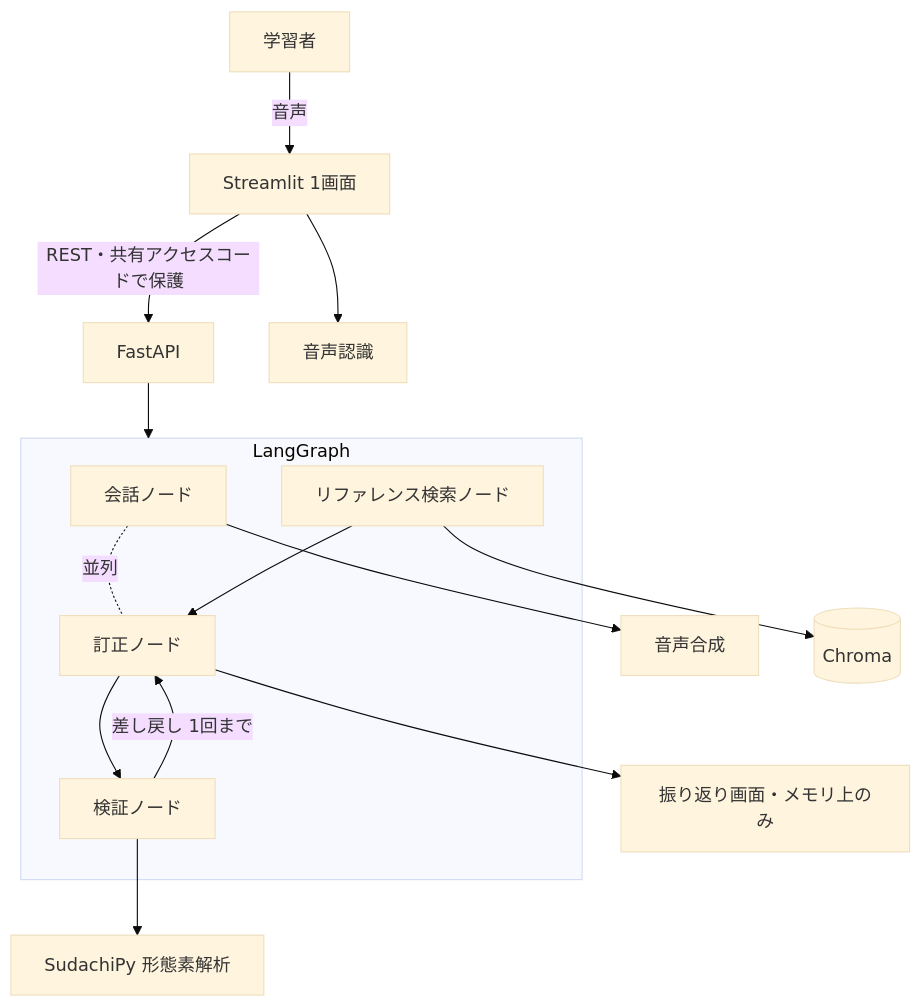
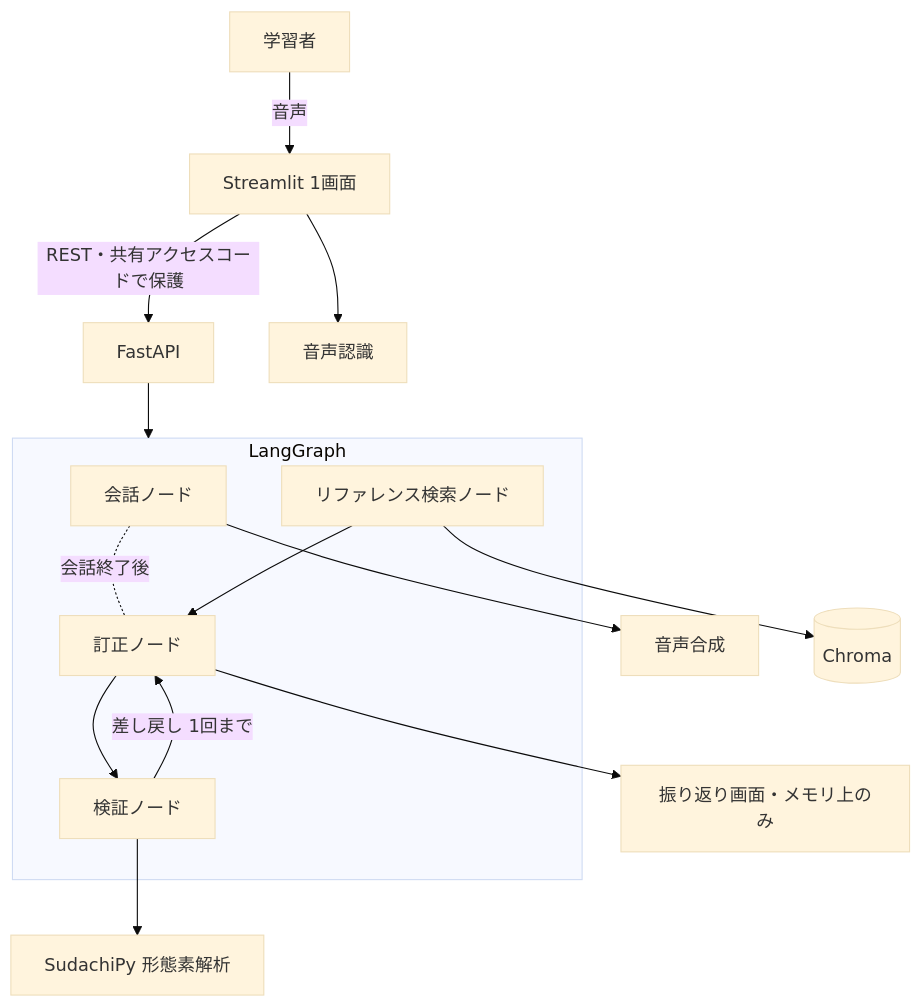
Before and after one commit to Jun-Araki/japanese-speaking-coach: the diagram in docs/ja/functional-design.md, drawn with Mermaid (base theme). The commit also changed other lines of this file and 17 other files, not shown here.

````diff
--- a/docs/ja/functional-design.md
+++ b/docs/ja/functional-design.md
@@ -9,23 +9,23 @@
 ```mermaid
 graph TB
     U[学習者] -->|音声| ST[Streamlit 1画面]
     ST -->|REST・共有アクセスコードで保護| API[FastAPI]
     API --> G[LangGraph]
 
     subgraph G [LangGraph]
         DLG[会話ノード]
         COR[訂正ノード]
         RET[リファレンス検索ノード]
         VAL[検証ノード]
-        DLG -.並列.- COR
+        DLG -.会話終了後.- COR
         RET --> COR
         COR --> VAL
         VAL -->|差し戻し 1回まで| COR
     end
 
     DLG --> TTS[音声合成]
     COR --> RV[振り返り画面・メモリ上のみ]
     RET --> CH[(Chroma)]
     VAL --> NLP[SudachiPy 形態素解析]
     ST --> STT[音声認識]
 ```
````
